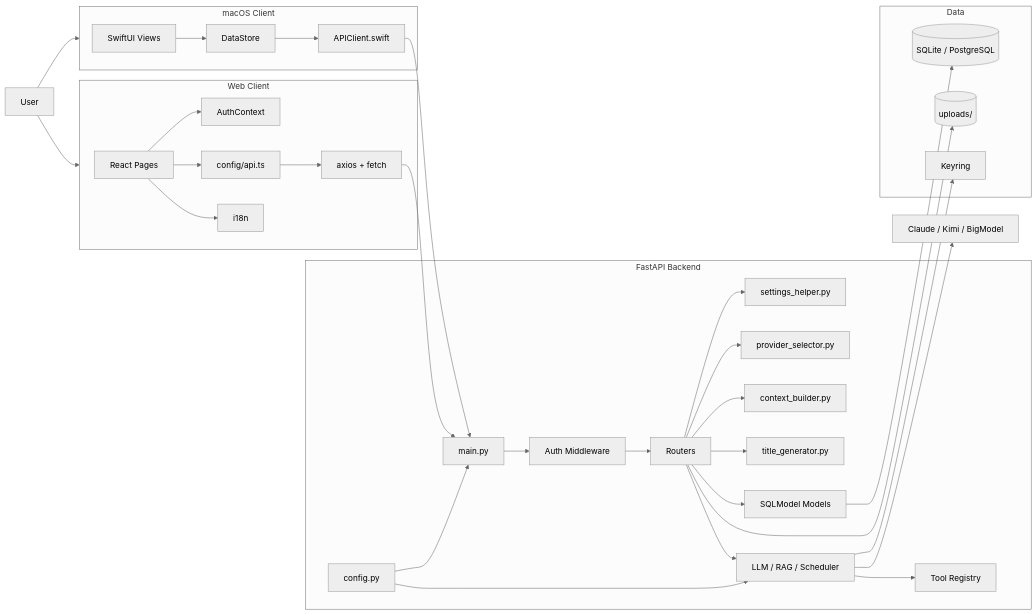
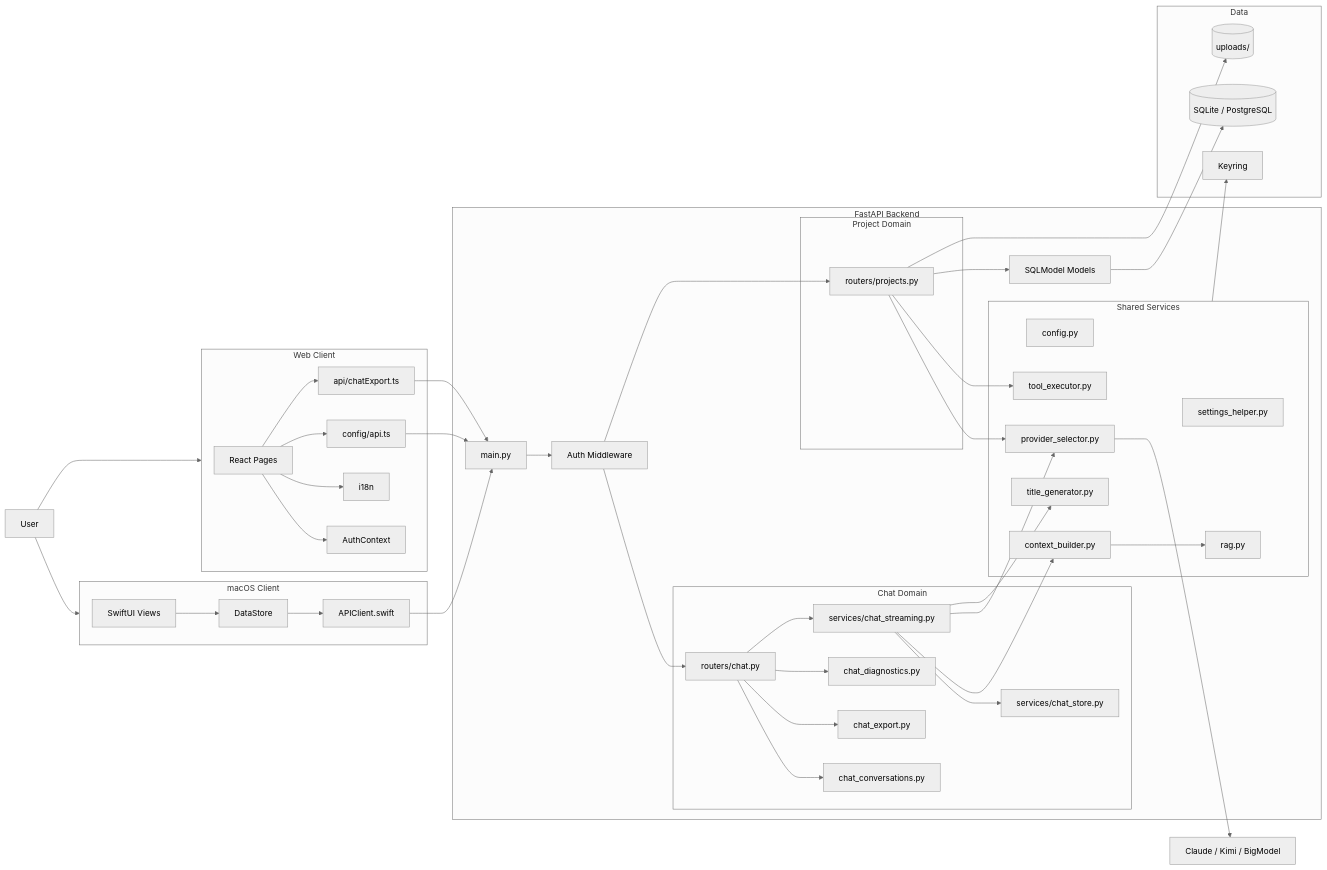
One commit to guoliang1114-boop/AriaAI changed the diagram in docs/06-当前架构图.md. Above: the diagram before and after it, drawn with Mermaid (neutral theme). The commit also changed other lines of this file and 8 other files, not shown here.

````diff
--- a/docs/06-当前架构图.md
+++ b/docs/06-当前架构图.md
@@ -21,21 +21,37 @@
         REACT[React Pages]
         AUTH[AuthContext]
         API_CFG[config/api.ts]
-        WEBAPI[axios + fetch]
+        EXPORT[api/chatExport.ts]
         I18N[i18n]
     end
 
     subgraph BE[FastAPI Backend]
         MAIN[main.py]
         MW[Auth Middleware]
-        ROUTERS[Routers]
-        CONFIG[config.py]
-        SETTINGS_HELPER[settings_helper.py]
-        PROVIDER[provider_selector.py]
-        CTX[context_builder.py]
-        TITLE[title_generator.py]
-        SERVICES[LLM / RAG / Scheduler]
-        TOOLS[Tool Registry]
+
+        subgraph CHAT[Chat Domain]
+            CHAT_R[routers/chat.py]
+            CHAT_C[chat_conversations.py]
+            CHAT_E[chat_export.py]
+            CHAT_D[chat_diagnostics.py]
+            CHAT_S[services/chat_streaming.py]
+            CHAT_STORE[services/chat_store.py]
+        end
+
+        subgraph PROJ[Project Domain]
+            PROJ_R[routers/projects.py]
+        end
+
+        subgraph CORE[Shared Services]
+            CONFIG[config.py]
+            SETTINGS[settings_helper.py]
+            PROVIDER[provider_selector.py]
+            CTX[context_builder.py]
+            RAG[rag.py]
+            TITLE[title_generator.py]
+            TOOLS[tool_executor.py]
+        end
+
         MODELS[SQLModel Models]
     end
 
@@ -52,19 +68,29 @@
     SWIFT --> STORE --> MACAPI --> MAIN
     REACT --> AUTH
     REACT --> I18N
-    REACT --> API_CFG --> WEBAPI --> MAIN
-    MAIN --> MW --> ROUTERS
-    ROUTERS --> SETTINGS_HELPER
-    ROUTERS --> PROVIDER
-    ROUTERS --> CTX
-    ROUTERS --> TITLE
-    ROUTERS --> SERVICES
-    ROUTERS --> MODELS
-    SERVICES --> TOOLS
-    SERVICES --> KEYRING
+    REACT --> API_CFG
+    REACT --> EXPORT
+    API_CFG --> MAIN
+    EXPORT --> MAIN
+
+    MAIN --> MW
+    MW --> CHAT_R
+    MW --> PROJ_R
+    CHAT_R --> CHAT_C
+    CHAT_R --> CHAT_E
+    CHAT_R --> CHAT_D
+    CHAT_R --> CHAT_S
+    CHAT_S --> CHAT_STORE
+    CHAT_S --> CTX
+    CHAT_S --> PROVIDER
+    CHAT_S --> TITLE
+    PROJ_R --> PROVIDER
+    PROJ_R --> TOOLS
+    PROJ_R --> MODELS
+
+    CTX --> RAG
     MODELS --> DB
-    ROUTERS --> FILES
-    SERVICES --> LLM
-    CONFIG --> MAIN
-    CONFIG --> SERVICES
+    PROJ_R --> FILES
+    CORE --> KEYRING
+    PROVIDER --> LLM
 ```
````
